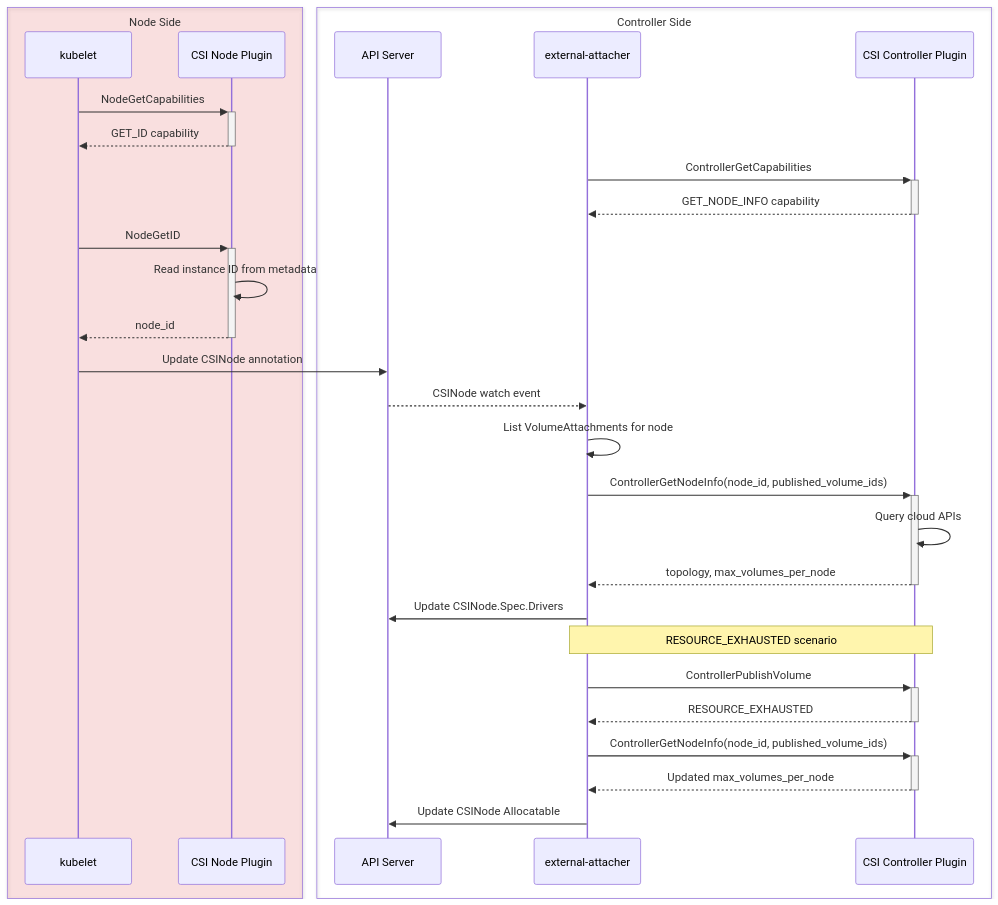
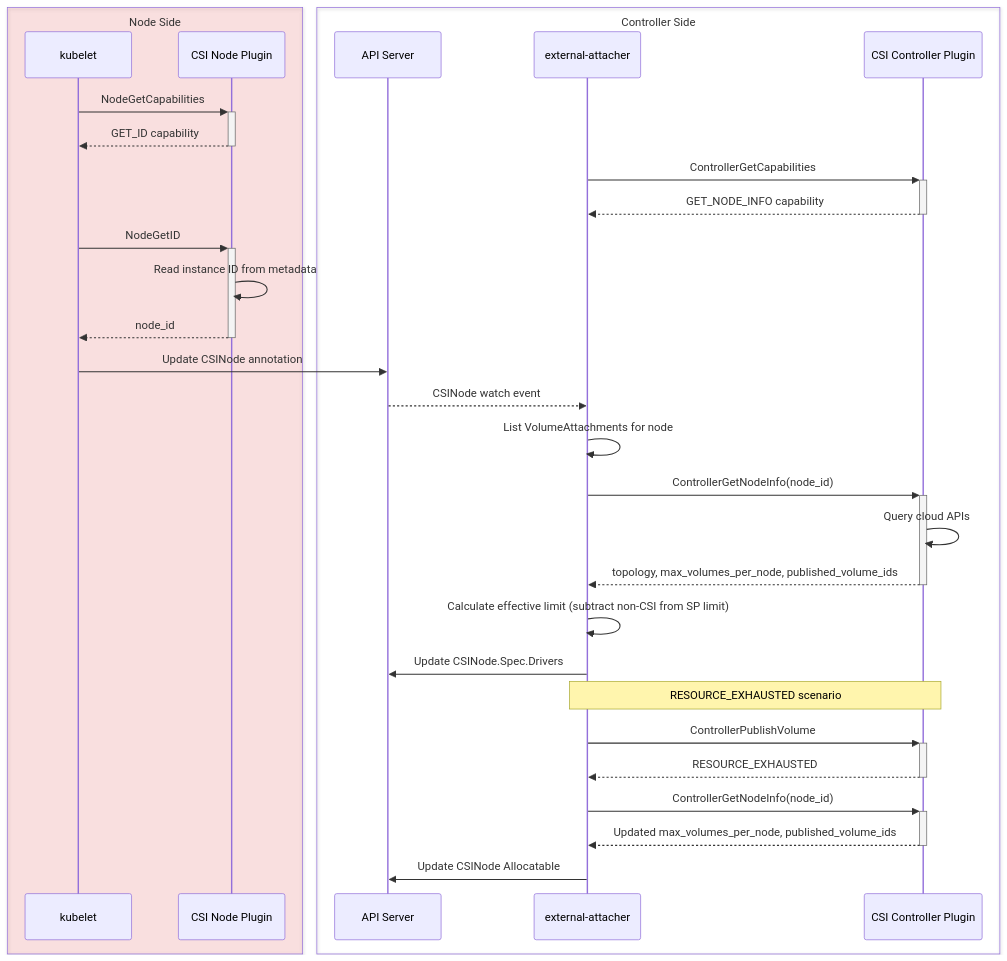
The diagram in keps/sig-storage/6011-controller-get-node-info/README.md (kubernetes/enhancements), drawn with Mermaid before and after one commit. The commit also changed other lines of this file, not shown here.

Commit message:
pass published_volume_ids from SP to CO

````diff
--- a/keps/sig-storage/6011-controller-get-node-info/README.md
+++ b/keps/sig-storage/6011-controller-get-node-info/README.md
@@ -311,38 +333,39 @@
 ```mermaid
 sequenceDiagram
     box rgba(255,0,0,0.1) Node Side
         participant kubelet
         participant csi-node as CSI Node Plugin
     end
     box Controller Side
         participant apiserver as API Server
         participant attacher as external-attacher
         participant csi-ctrl as CSI Controller Plugin
     end
 
     kubelet->>+csi-node: NodeGetCapabilities
     csi-node-->>-kubelet: GET_ID capability
 
     attacher->>+csi-ctrl: ControllerGetCapabilities
     csi-ctrl-->>-attacher: GET_NODE_INFO capability
 
     kubelet->>+csi-node: NodeGetID
     csi-node->>csi-node: Read instance ID from metadata
     csi-node-->>-kubelet: node_id
 
     kubelet->>apiserver: Update CSINode annotation
     apiserver-->>attacher: CSINode watch event
 
     attacher->>attacher: List VolumeAttachments for node
-    attacher->>+csi-ctrl: ControllerGetNodeInfo(node_id, published_volume_ids)
+    attacher->>+csi-ctrl: ControllerGetNodeInfo(node_id)
     csi-ctrl->>csi-ctrl: Query cloud APIs
-    csi-ctrl-->>-attacher: topology, max_volumes_per_node
+    csi-ctrl-->>-attacher: topology, max_volumes_per_node, published_volume_ids
+    attacher->>attacher: Calculate effective limit (subtract non-CSI from SP limit)
     attacher->>apiserver: Update CSINode.Spec.Drivers
 
     Note over attacher,csi-ctrl: RESOURCE_EXHAUSTED scenario
     attacher->>+csi-ctrl: ControllerPublishVolume
     csi-ctrl-->>-attacher: RESOURCE_EXHAUSTED
-    attacher->>+csi-ctrl: ControllerGetNodeInfo(node_id, published_volume_ids)
-    csi-ctrl-->>-attacher: Updated max_volumes_per_node
+    attacher->>+csi-ctrl: ControllerGetNodeInfo(node_id)
+    csi-ctrl-->>-attacher: Updated max_volumes_per_node, published_volume_ids
     attacher->>apiserver: Update CSINode Allocatable
 ```
````
